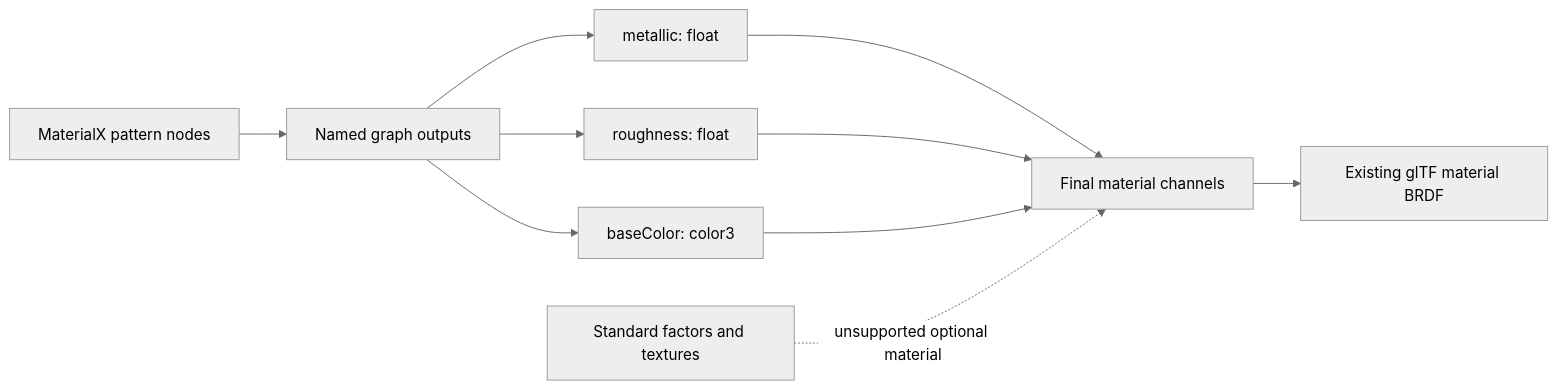
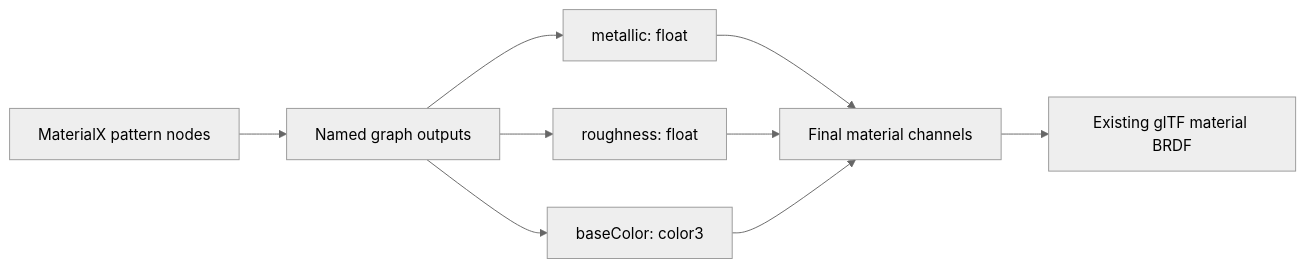
The diagram in extensions/2.0/Khronos/KHR_materials_procedural/README.md (bhouston/glTF), drawn with Mermaid (neutral theme) before and after one commit. The commit also changed other lines of this file and 35 other files, not shown here.

````diff
--- a/extensions/2.0/Khronos/KHR_materials_procedural/README.md
+++ b/extensions/2.0/Khronos/KHR_materials_procedural/README.md
@@ -70,12 +72,11 @@
 ```mermaid
 flowchart LR
   A[MaterialX pattern nodes] --> G[Named graph outputs]
   G --> M[metallic: float]
   G --> R[roughness: float]
   G --> C[baseColor: color3]
   M --> V[Final material channels]
   R --> V
   C --> V
   V --> P[Existing glTF material BRDF]
-  F[Standard factors and textures] -. unsupported optional material .-> V
 ```
````
